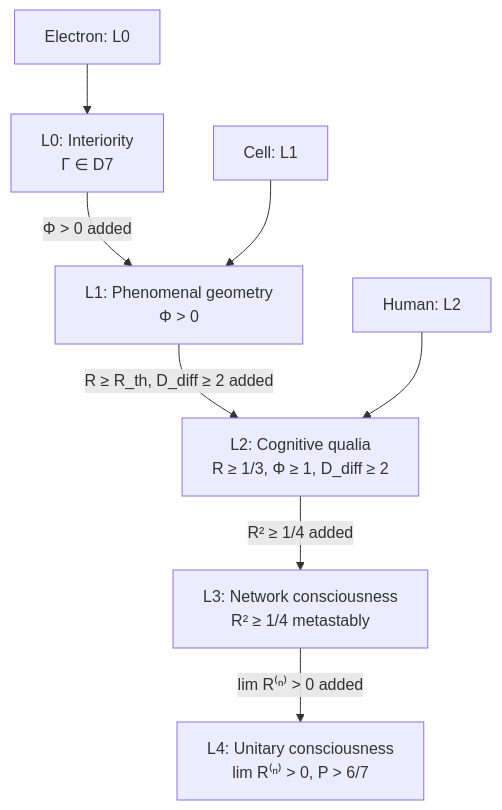
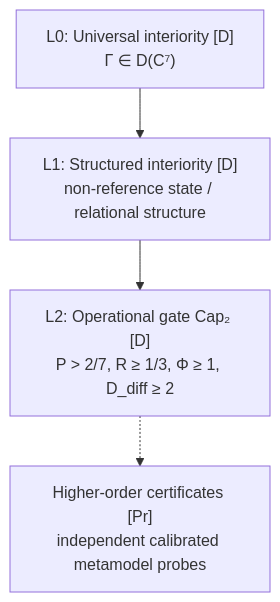
One commit to gst-st/uhm changed the second of 2 diagrams in website/docs/consciousness/comparative/panpsychism-analysis.md. Above: the diagram before and after it, drawn with Mermaid. The commit also changed other lines of this file and 376 other files, not shown here.

First line of the commit message:
Refactor UHM canon, decontaminate architecture, and verify EN/RU parity

````diff
--- a/website/docs/consciousness/comparative/panpsychism-analysis.md
+++ b/website/docs/consciousness/comparative/panpsychism-analysis.md
@@ -269,17 +211,11 @@
 ```mermaid
 graph TD
-    L0[L0: Interiority<br/>Γ ∈ D7]
-    L1[L1: Phenomenal geometry<br/>Φ > 0]
-    L2[L2: Cognitive qualia<br/>R ≥ 1/3, Φ ≥ 1, D_diff ≥ 2]
-    L3[L3: Network consciousness<br/>R² ≥ 1/4 metastably]
-    L4[L4: Unitary consciousness<br/>lim R⁽ⁿ⁾ > 0, P > 6/7]
+    L0["L0: Universal interiority [D]<br/>Γ ∈ D(C⁷)"]
+    L1["L1: Structured interiority [D]<br/>non-reference state / relational structure"]
+    L2["L2: Operational gate Cap₂ [D]<br/>P > 2/7, R ≥ 1/3, Φ ≥ 1, D_diff ≥ 2"]
+    L3P["Higher-order certificates [Pr]<br/>independent calibrated metamodel probes"]
 
-    L0 -->|"Φ > 0 added"| L1
-    L1 -->|"R ≥ R_th, D_diff ≥ 2 added"| L2
-    L2 -->|"R² ≥ 1/4 added"| L3
-    L3 -->|"lim R⁽ⁿ⁾ > 0 added"| L4
-
-    ELEC[Electron: L0] --> L0
-    CELL[Cell: L1] --> L1
-    HUMAN[Human: L2] --> L2
+    L0 --> L1
+    L1 --> L2
+    L2 -.-> L3P
 ```
````
